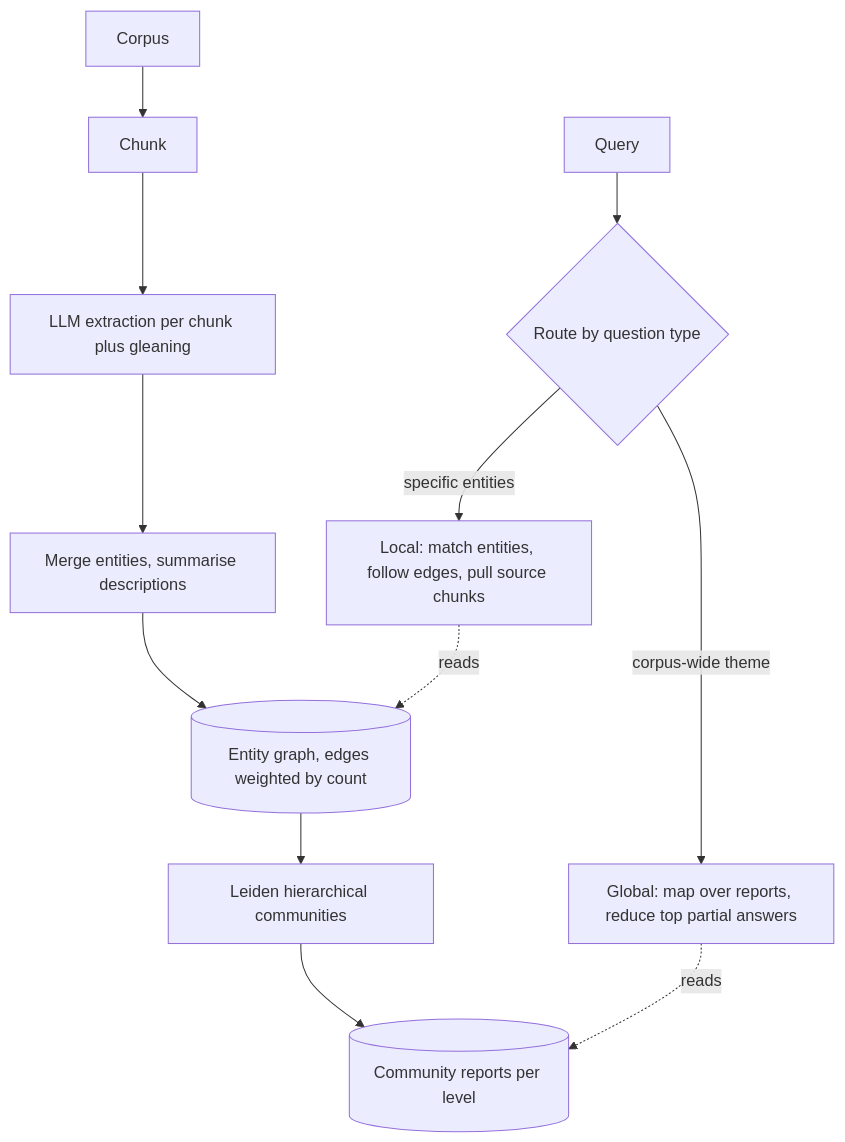
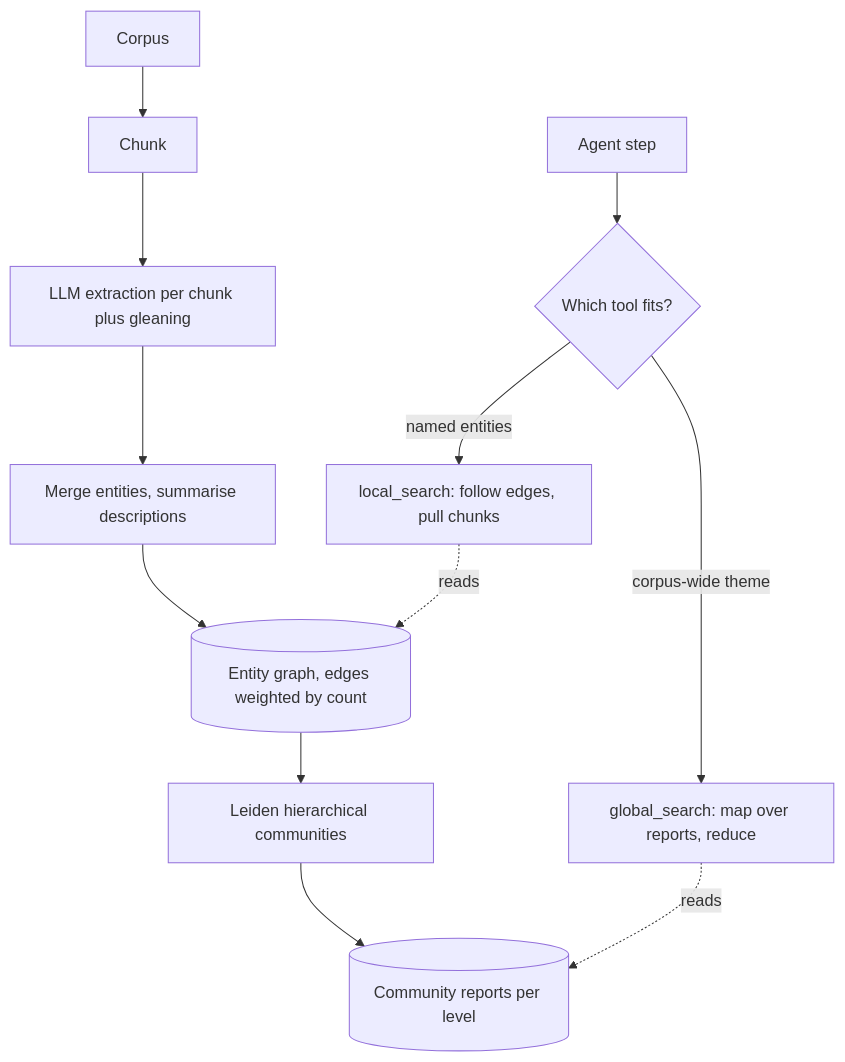
One commit to lovishmahajan97/agentic-learning changed the diagram in content/rag-retrieval/graphrag.md. Above: the diagram before and after it, drawn with Mermaid. The commit also changed other lines of this file and 266 other files, not shown here.

````diff
--- a/content/rag-retrieval/graphrag.md
+++ b/content/rag-retrieval/graphrag.md
@@ -107,14 +129,14 @@
 ```mermaid
 flowchart TD
     D["Corpus"] --> C["Chunk"]
     C --> X["LLM extraction per chunk plus gleaning"]
     X --> MG["Merge entities, summarise descriptions"]
     MG --> G[("Entity graph, edges weighted by count")]
     G --> L["Leiden hierarchical communities"]
     L --> R[("Community reports per level")]
-    Q["Query"] --> RT{"Route by question type"}
-    RT -->|"corpus-wide theme"| GS["Global: map over reports, reduce top partial answers"]
-    RT -->|"specific entities"| LS["Local: match entities, follow edges, pull source chunks"]
+    Q["Agent step"] --> RT{"Which tool fits?"}
+    RT -->|"corpus-wide theme"| GS["global_search: map over reports, reduce"]
+    RT -->|"named entities"| LS["local_search: follow edges, pull chunks"]
     GS -.->|"reads"| R
     LS -.->|"reads"| G
 ```
````
